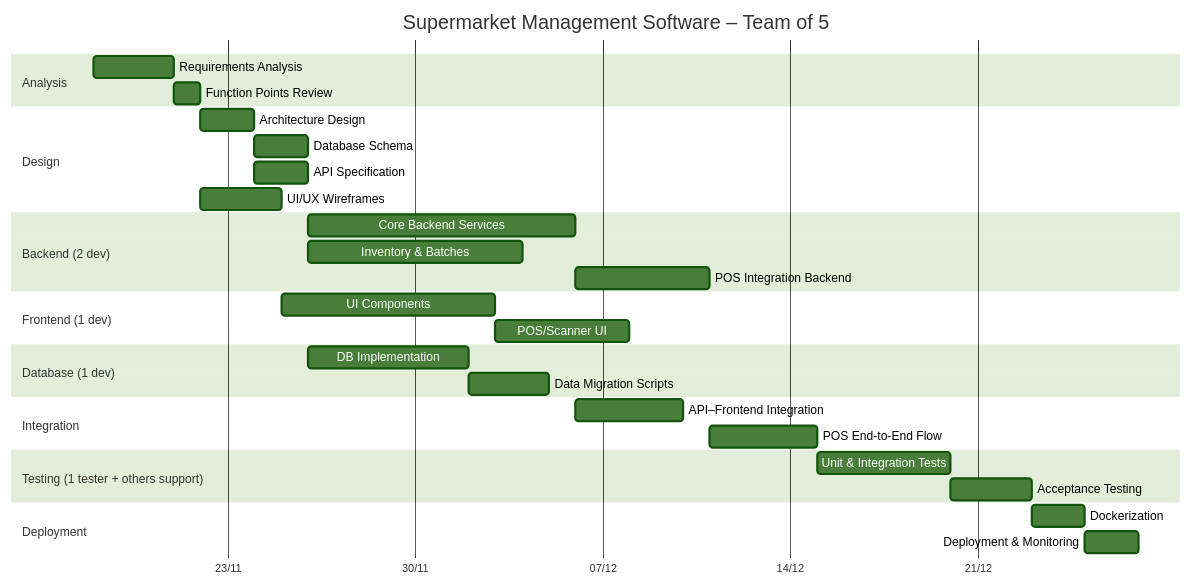
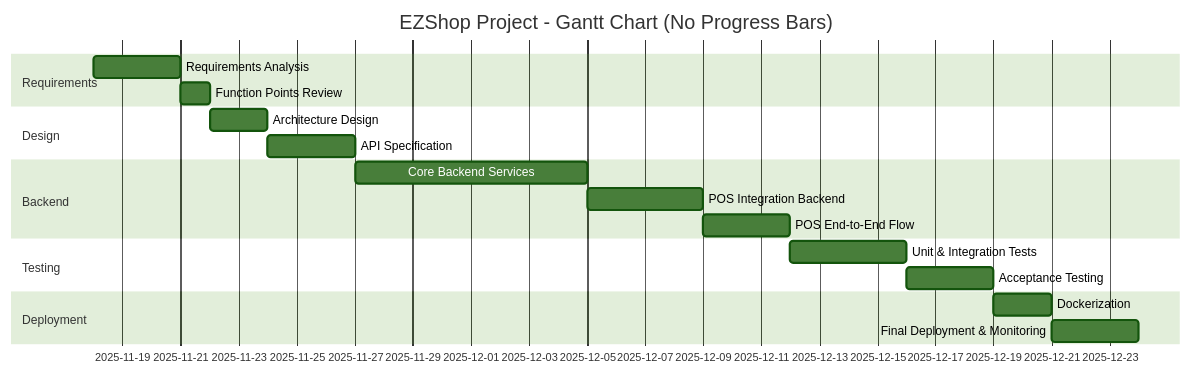
One commit to Giuseppeclv008/Project changed the diagram in Estimation.md. Above: the diagram before and after it, drawn with Mermaid (forest theme). The commit also changed other lines of this file, not shown here.

Commit message:
gantt fix

````diff
--- a/Estimation.md
+++ b/Estimation.md
@@ -452,41 +450,26 @@
 ```mermaid
 gantt
-    title Supermarket Management Software – Team of 5
     dateFormat  YYYY-MM-DD
-    axisFormat  %d/%m
+    title EZShop Project - Gantt Chart (No Progress Bars)
 
-    section Analysis
-    Requirements Analysis     :a1, 2025-11-18, 3d
-    Function Points Review    :a2, after a1, 1d
+    section Requirements
+    Requirements Analysis           :a1, 2025-11-18, 3d
+    Function Points Review          :a2, after a1, 1d
 
     section Design
-    Architecture Design       :d1, after a2, 2d
-    Database Schema           :d2, after d1, 2d
-    API Specification         :d3, after d1, 2d
-    UI/UX Wireframes          :d4, after a2, 3d
+    Architecture Design             :d1, after a2, 2d
+    API Specification               :d3, after d1, 3d
 
-    section Backend (2 dev)
-    Core Backend Services     :b1, after d3, 10d
-    Inventory & Batches       :b2, after d3, 8d
-    POS Integration Backend   :b3, after b1, 5d
+    section Backend
+    Core Backend Services           :b1, after d3, 8d
+    POS Integration Backend         :b3, after b1, 4d
+    POS End-to-End Flow             :i2, after b3, 3d
 
-    section Frontend (1 dev)
-    UI Components             :f1, after d4, 8d
-    POS/Scanner UI            :f2, after f1, 5d
-
-    section Database (1 dev)
-    DB Implementation         :db1, after d2, 6d
-    Data Migration Scripts    :db2, after db1, 3d
-
-    section Integration
-    API–Frontend Integration  :i1, after b1, 4d
-    POS End-to-End Flow       :i2, after b3, 4d
-
-    section Testing (1 tester + others support)
-    Unit & Integration Tests  :t1, after i2, 5d
-    Acceptance Testing        :t2, after t1, 3d
+    section Testing
+    Unit & Integration Tests        :t1, after i2, 4d
+    Acceptance Testing              :t2, after t1, 3d
 
     section Deployment
-    Dockerization             :dep1, after t2, 2d
-    Deployment & Monitoring   :dep2, after dep1, 2d
+    Dockerization                   :dep1, after t2, 2d
+    Final Deployment & Monitoring   :dep2, after dep1, 3d
 ```
````
